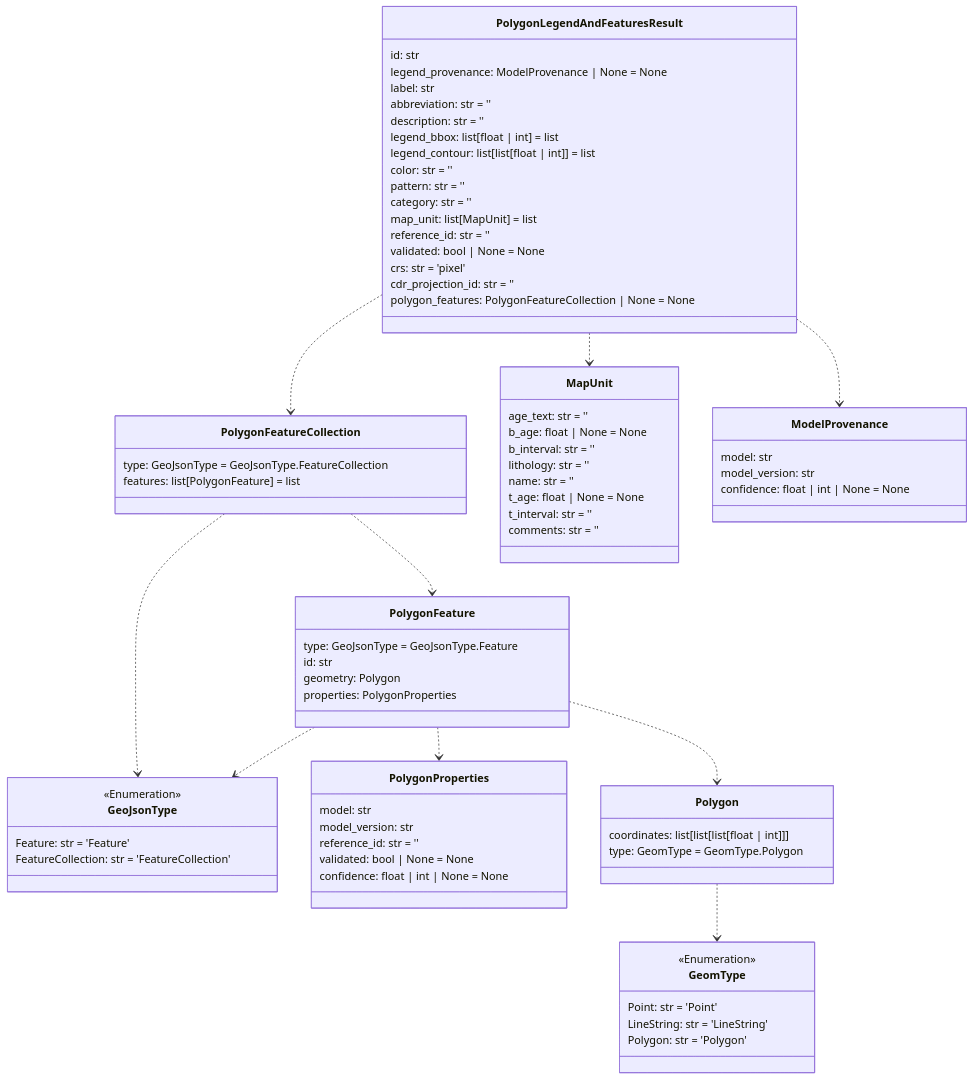
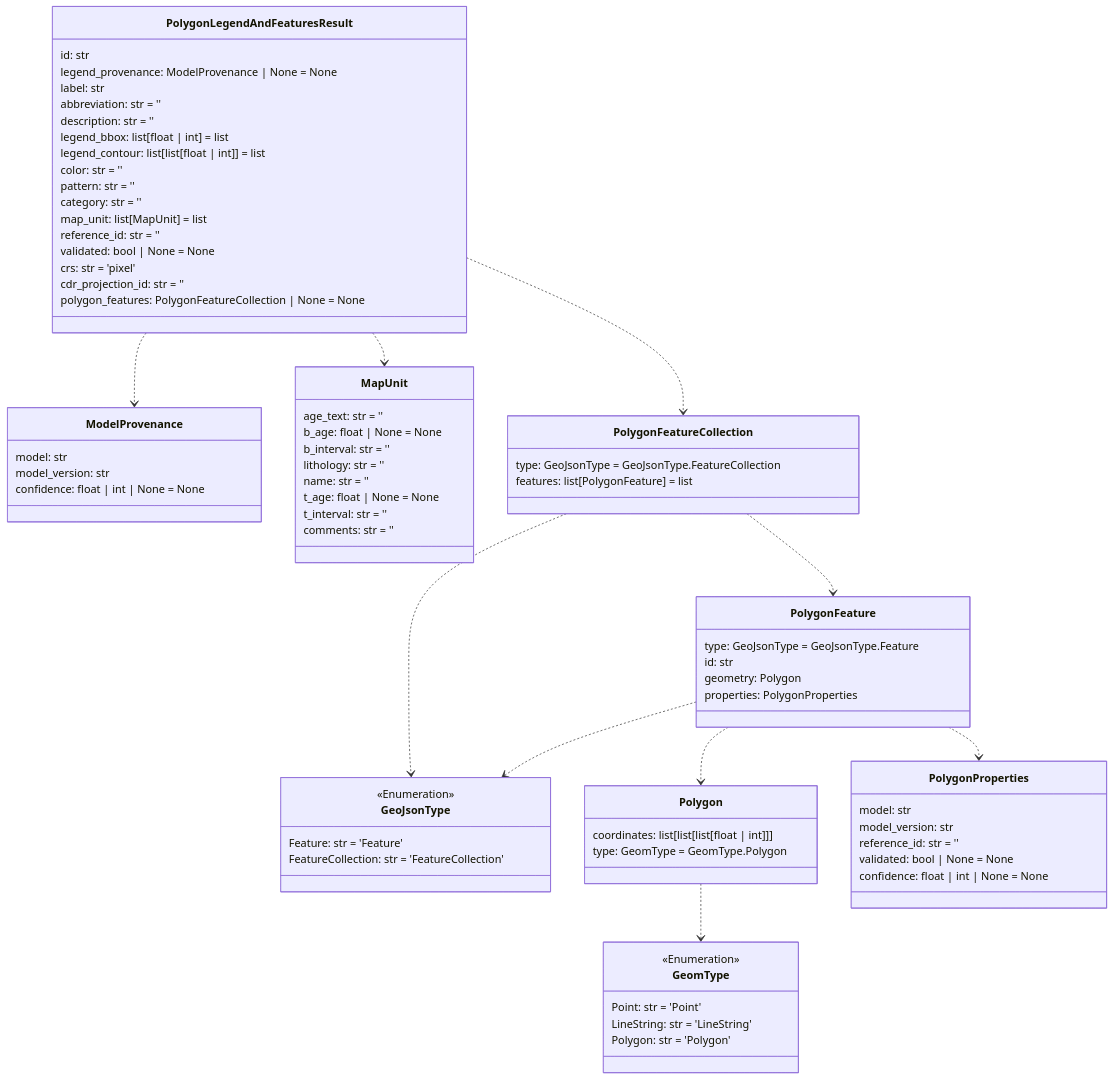
Before and after one commit to DARPA-CRITICALMAAS/cdr_schemas: the seventh of 14 diagrams in README.md, drawn with Mermaid. The commit also changed other lines of this file and 1 other file, not shown here.

````diff
--- a/README.md
+++ b/README.md
@@ -550,9 +550,11 @@
         FeatureCollection: str = 'FeatureCollection'
     }
 
-    class PolygonFeatureCollection {
-        type: GeoJsonType = GeoJsonType.FeatureCollection
-        features: list[PolygonFeature] = list
+    class PolygonFeature {
+        type: GeoJsonType = GeoJsonType.Feature
+        id: str
+        geometry: Polygon
+        properties: PolygonProperties
     }
 
     class PolygonLegendAndFeaturesResult {
@@ -574,14 +576,6 @@
         polygon_features: PolygonFeatureCollection | None = None
     }
 
-    class PolygonProperties {
-        model: str
-        model_version: str
-        reference_id: str = ''
-        validated: bool | None = None
-        confidence: float | int | None = None
-    }
-
     class MapUnit {
         age_text: str = ''
         b_age: float | None = None
@@ -593,11 +587,17 @@
         comments: str = ''
     }
 
-    class GeomType {
-        <<Enumeration>>
-        Point: str = 'Point'
-        LineString: str = 'LineString'
-        Polygon: str = 'Polygon'
+    class Polygon {
+        coordinates: list[list[list[float | int]]]
+        type: GeomType = GeomType.Polygon
+    }
+
+    class PolygonProperties {
+        model: str
+        model_version: str
+        reference_id: str = ''
+        validated: bool | None = None
+        confidence: float | int | None = None
     }
 
     class ModelProvenance {
@@ -606,27 +606,27 @@
         confidence: float | int | None = None
     }
 
-    class PolygonFeature {
-        type: GeoJsonType = GeoJsonType.Feature
-        id: str
-        geometry: Polygon
-        properties: PolygonProperties
+    class GeomType {
+        <<Enumeration>>
+        Point: str = 'Point'
+        LineString: str = 'LineString'
+        Polygon: str = 'Polygon'
     }
 
-    class Polygon {
-        coordinates: list[list[list[float | int]]]
-        type: GeomType = GeomType.Polygon
+    class PolygonFeatureCollection {
+        type: GeoJsonType = GeoJsonType.FeatureCollection
+        features: list[PolygonFeature] = list
     }
 
     Polygon ..> GeomType
-    PolygonFeature ..> PolygonProperties
     PolygonFeature ..> GeoJsonType
     PolygonFeature ..> Polygon
+    PolygonFeature ..> PolygonProperties
+    PolygonFeatureCollection ..> GeoJsonType
     PolygonFeatureCollection ..> PolygonFeature
-    PolygonFeatureCollection ..> GeoJsonType
+    PolygonLegendAndFeaturesResult ..> ModelProvenance
     PolygonLegendAndFeaturesResult ..> MapUnit
     PolygonLegendAndFeaturesResult ..> PolygonFeatureCollection
-    PolygonLegendAndFeaturesResult ..> ModelProvenance
 
 
 ```
````
